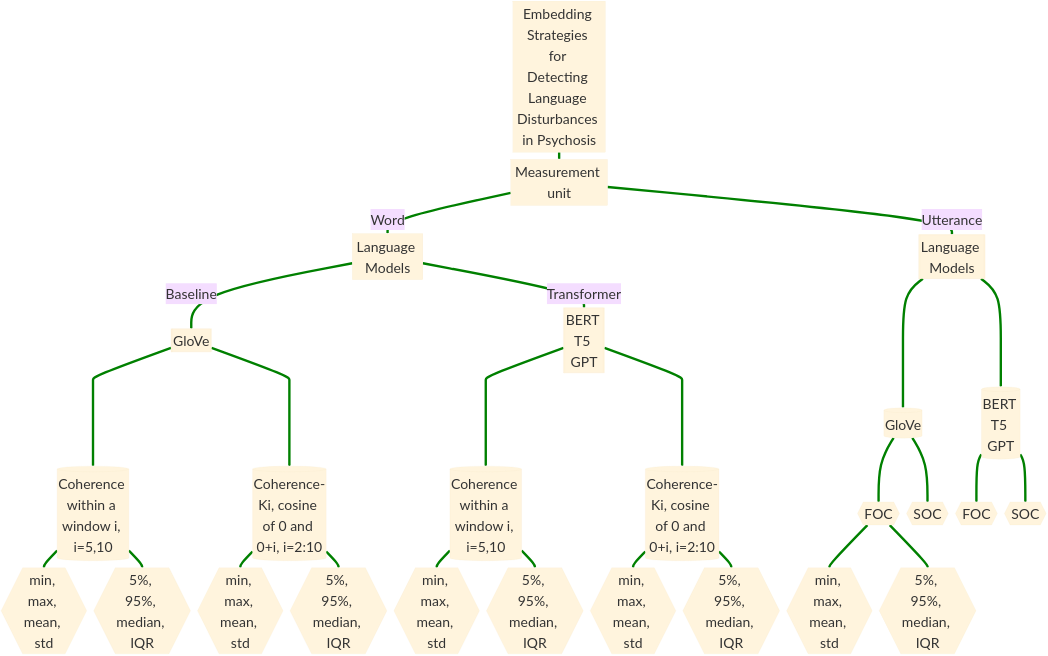
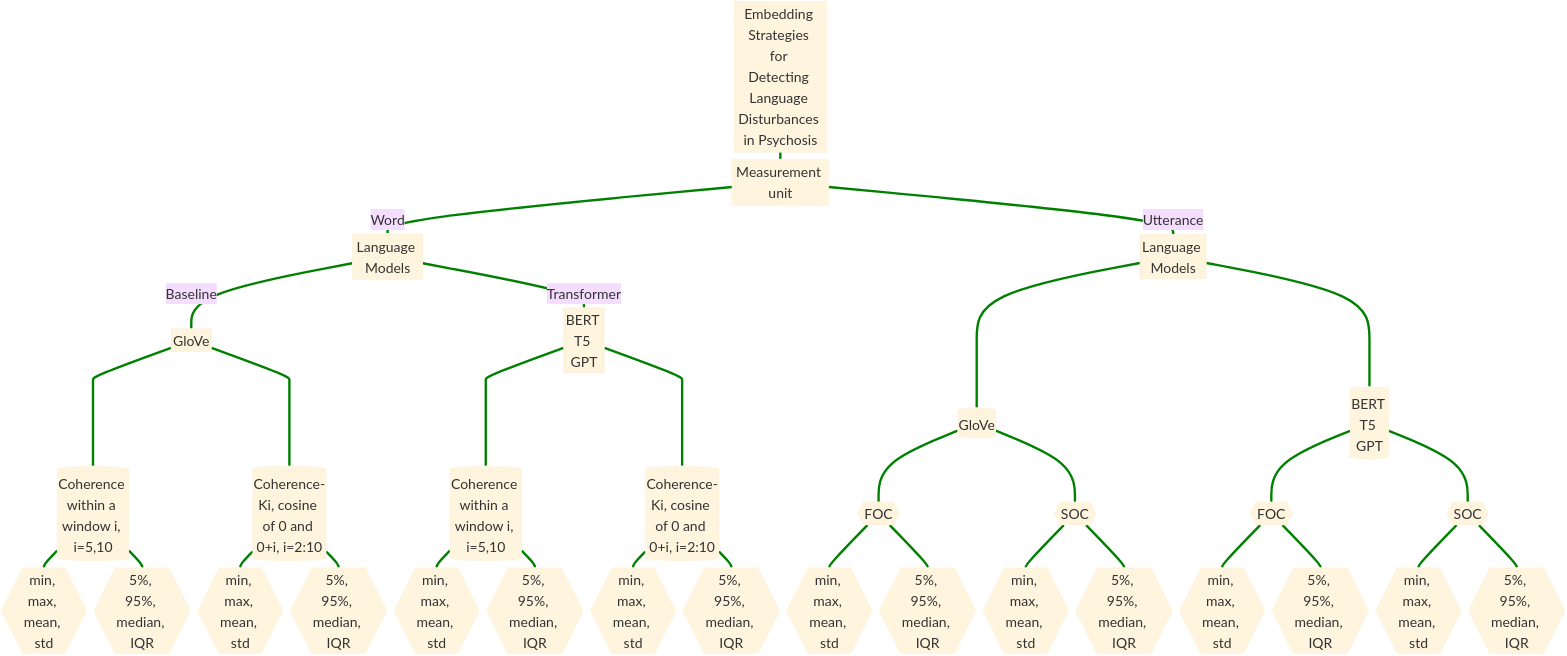
Before and after one commit to yancong222/SSD-LM-STanglab: the first of 2 diagrams in README.md, drawn with Mermaid.

````diff
--- a/README.md
+++ b/README.md
@@ -5,54 +5,66 @@
 ```mermaid
 %%{init: {'theme': 'base', 'themeVariables': { 'fontSize': '100px'}}}%%
 flowchart TD
     A[Embedding Strategies for Detecting Language Disturbances in Psychosis] ==> B[Measurement unit]
     B == Word ==> C[Language Models]
     C == Baseline ==> D[[GloVe]] ====> G[(Coherence within a window i, i=5,10)]
     G ==> J{{min, max, mean, std}}
     G ==> K{{5%, 95%, median, IQR}}
     D ====> P[(Coherence-Ki, cosine of 0 and 0+i, i=2:10)]
     P ==> Q{{min, max, mean, std}}
     P ==> R{{5%, 95%, median, IQR}}
     C == Transformer ==> E[[BERT T5 GPT]] ====> H[(Coherence within a window i, i=5,10)]
     H ==> L{{min, max, mean, std}}
     H ==> M{{5%, 95%, median, IQR}}
     E ====> S[(Coherence-Ki, cosine of 0 and 0+i, i=2:10)]
     S ==> T{{min, max, mean, std}}
     S ==> U{{5%, 95%, median, IQR}}
     B == Utterance ==> F[[Language Models]] ====> I[(GloVe)]
     I ==> N{{FOC}}
     I ==> O{{SOC}}
     N ==> a{{min, max, mean, std}}
     N ==> b{{5%, 95%, median, IQR}}
+    O ==> c{{min, max, mean, std}}
+    O ==> d{{5%, 95%, median, IQR}}
     F ====> V[(BERT T5 GPT)]
     V ==> W{{FOC}}
     V ==> X{{SOC}}
+    W ==> e{{min, max, mean, std}}
+    W ==> f{{5%, 95%, median, IQR}}
+    X ==> g{{min, max, mean, std}}
+    X ==> h{{5%, 95%, median, IQR}}
     
     
     linkStyle 0 stroke-width:17px,fill:none,stroke:green;
     linkStyle 1 stroke-width:17px,fill:none,stroke:green;
     linkStyle 2 stroke-width:17px,fill:none,stroke:green;
     linkStyle 3 stroke-width:17px,fill:none,stroke:green;
     linkStyle 4 stroke-width:17px,fill:none,stroke:green;
     linkStyle 5 stroke-width:17px,fill:none,stroke:green;
     linkStyle 6 stroke-width:17px,fill:none,stroke:green;
     linkStyle 7 stroke-width:17px,fill:none,stroke:green;
     linkStyle 8 stroke-width:17px,fill:none,stroke:green;
     linkStyle 9 stroke-width:17px,fill:none,stroke:green;
     linkStyle 10 stroke-width:17px,fill:none,stroke:green;
     linkStyle 11 stroke-width:17px,fill:none,stroke:green;
     linkStyle 12 stroke-width:17px,fill:none,stroke:green;
     linkStyle 13 stroke-width:17px,fill:none,stroke:green;
     linkStyle 14 stroke-width:17px,fill:none,stroke:green;
     linkStyle 15 stroke-width:17px,fill:none,stroke:green;
     linkStyle 16 stroke-width:17px,fill:none,stroke:green;
     linkStyle 17 stroke-width:17px,fill:none,stroke:green;
     linkStyle 18 stroke-width:17px,fill:none,stroke:green;
     linkStyle 19 stroke-width:17px,fill:none,stroke:green;
     linkStyle 20 stroke-width:17px,fill:none,stroke:green;
     linkStyle 21 stroke-width:17px,fill:none,stroke:green;
     linkStyle 22 stroke-width:17px,fill:none,stroke:green;
     linkStyle 23 stroke-width:17px,fill:none,stroke:green;
     linkStyle 24 stroke-width:17px,fill:none,stroke:green;
+    linkStyle 25 stroke-width:17px,fill:none,stroke:green;
+    linkStyle 26 stroke-width:17px,fill:none,stroke:green;
+    linkStyle 27 stroke-width:17px,fill:none,stroke:green;
+    linkStyle 28 stroke-width:17px,fill:none,stroke:green;
+    linkStyle 29 stroke-width:17px,fill:none,stroke:green;
+    linkStyle 30 stroke-width:17px,fill:none,stroke:green;
     
 ```
````
